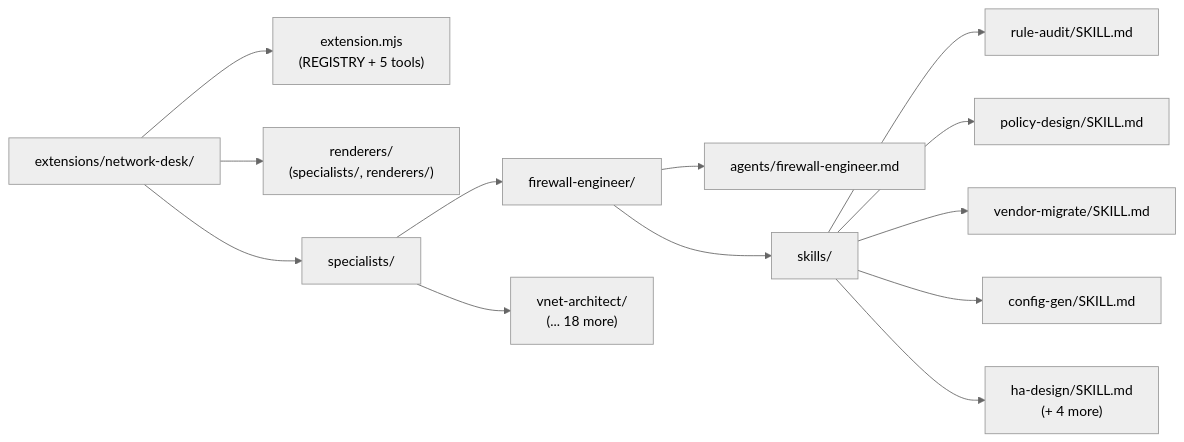
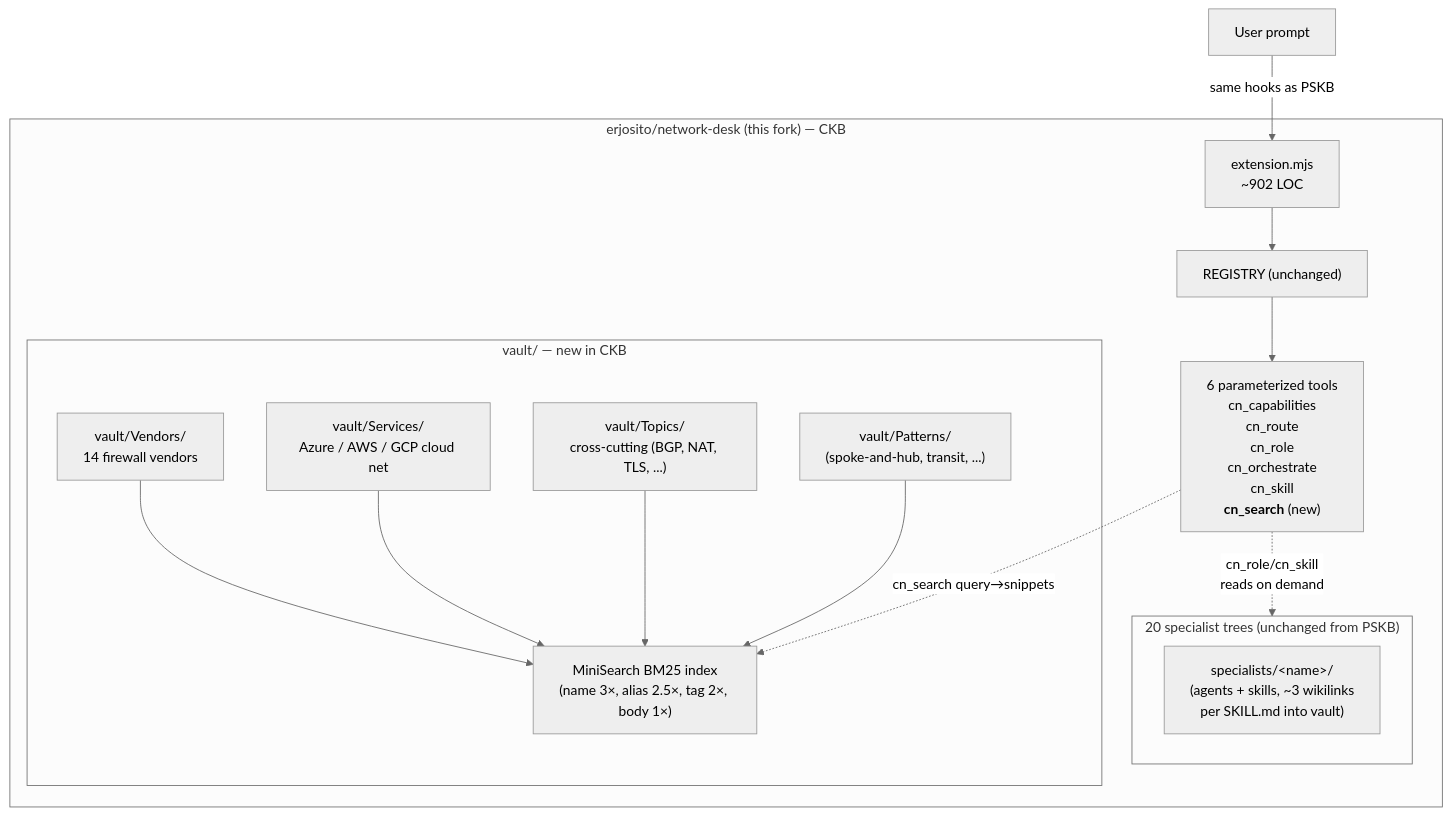
Before and after one commit to erjosito/network-desk: the second of 4 diagrams in ARCHITECTURE-EVALUATION.md, drawn with Mermaid (neutral theme). The commit also changed other lines of this file, not shown here.

First line of the commit message:
Restructure ARCHITECTURE-EVALUATION.md as objective pattern analysis

````diff
--- a/ARCHITECTURE-EVALUATION.md
+++ b/ARCHITECTURE-EVALUATION.md
@@ -91,15 +263,28 @@
 ```mermaid
-flowchart LR
-    Root["extensions/network-desk/"] --> Ext["extension.mjs<br/>(REGISTRY + 5 tools)"]
-    Root --> Renderers["renderers/<br/>(specialists/, renderers/)"]
-    Root --> SPDir["specialists/"]
-    SPDir --> FE["firewall-engineer/"]
-    SPDir --> VA["vnet-architect/<br/>(... 18 more)"]
-    FE --> FEAgent["agents/firewall-engineer.md"]
-    FE --> FESkills["skills/"]
-    FESkills --> S1["rule-audit/SKILL.md"]
-    FESkills --> S2["policy-design/SKILL.md"]
-    FESkills --> S3["vendor-migrate/SKILL.md"]
-    FESkills --> S4["config-gen/SKILL.md"]
-    FESkills --> S5["ha-design/SKILL.md<br/>(+ 4 more)"]
+flowchart TB
+    subgraph CKB["erjosito/network-desk (this fork) — CKB"]
+      ExtC["extension.mjs<br/>~902 LOC"]
+      RegC["REGISTRY (unchanged)"]
+      ToolsC["6 parameterized tools<br/>cn_capabilities<br/>cn_route<br/>cn_role<br/>cn_orchestrate<br/>cn_skill<br/><b>cn_search</b> (new)"]
+      ExtC --> RegC --> ToolsC
+
+      subgraph SpecsC["20 specialist trees (unchanged from PSKB)"]
+        SC["specialists/&lt;name&gt;/<br/>(agents + skills, ~3 wikilinks<br/>per SKILL.md into vault)"]
+      end
+      subgraph Vault["vault/ — new in CKB"]
+        V1["vault/Vendors/<br/>14 firewall vendors"]
+        V2["vault/Services/<br/>Azure / AWS / GCP cloud net"]
+        V3["vault/Topics/<br/>cross-cutting (BGP, NAT, TLS, ...)"]
+        V4["vault/Patterns/<br/>(spoke-and-hub, transit, ...)"]
+        V5["MiniSearch BM25 index<br/>(name 3×, alias 2.5×, tag 2×, body 1×)"]
+        V1 --> V5
+        V2 --> V5
+        V3 --> V5
+        V4 --> V5
+      end
+      ToolsC -.->|cn_role/cn_skill<br/>reads on demand| SpecsC
+      ToolsC -.->|cn_search query→snippets| V5
+    end
+
+    User2["User prompt"] -->|same hooks as PSKB| ExtC
 ```
````
